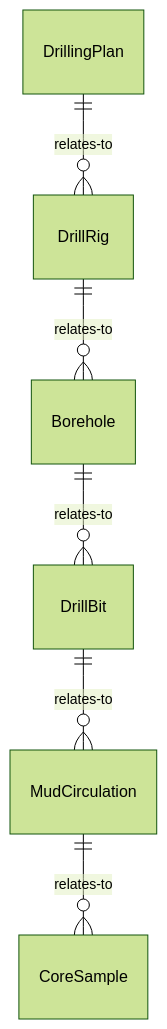
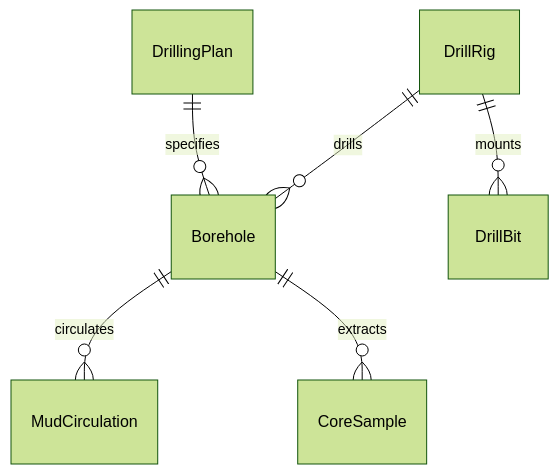
The first of 4 diagrams in ControllingMachinesAndProcesses/OperateConstructionOrExcavationEquipment/OperateDrillingEquipment.mdx (dot-org-ai/tasks.org.ai), drawn with Mermaid (forest theme) before and after one commit. The commit also changed other lines of this file and 515 other files, not shown here.

````diff
--- a/ControllingMachinesAndProcesses/OperateConstructionOrExcavationEquipment/OperateDrillingEquipment.mdx
+++ b/ControllingMachinesAndProcesses/OperateConstructionOrExcavationEquipment/OperateDrillingEquipment.mdx
@@ -88,8 +88,8 @@
 ```mermaid
 erDiagram
-    DrillingPlan ||--o{ DrillRig : relates-to
-    DrillRig ||--o{ Borehole : relates-to
-    Borehole ||--o{ DrillBit : relates-to
-    DrillBit ||--o{ MudCirculation : relates-to
-    MudCirculation ||--o{ CoreSample : relates-to
+    DrillingPlan ||--o{ Borehole : specifies
+    DrillRig ||--o{ Borehole : drills
+    DrillRig ||--o{ DrillBit : mounts
+    Borehole ||--o{ MudCirculation : circulates
+    Borehole ||--o{ CoreSample : extracts
 ```
````
